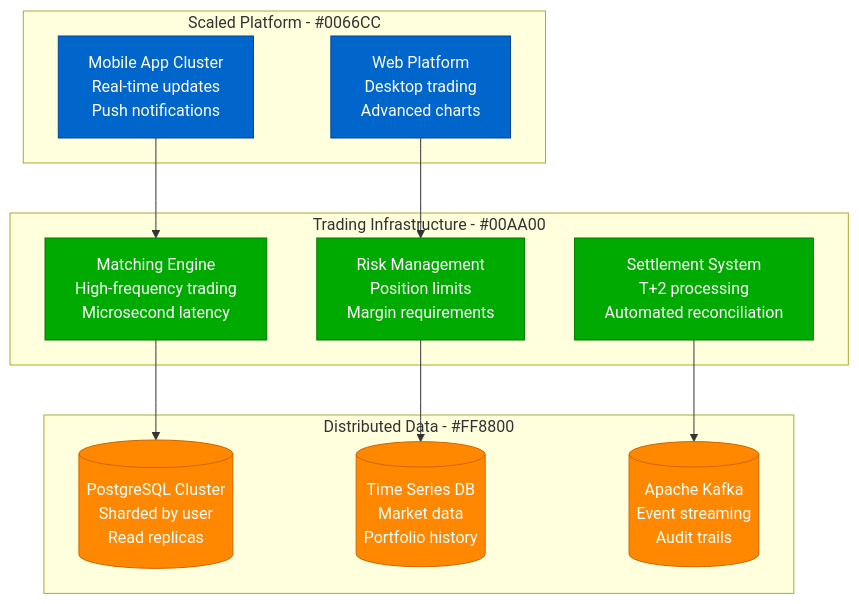
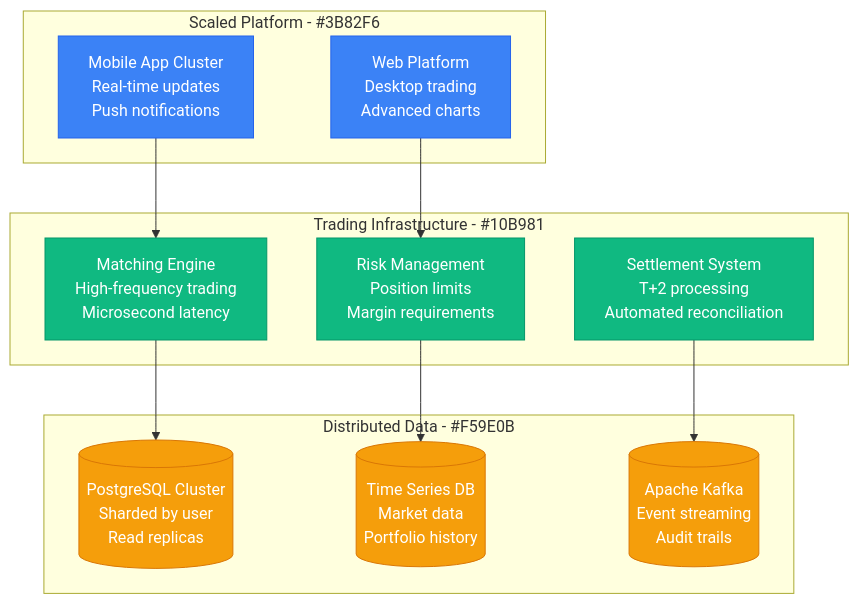
Before and after one commit to deepaucksharma/DS: the second of 2 diagrams in site/docs/scaling/robinhood-scale-evolution.md, drawn with Mermaid. The commit also changed other lines of this file and 187 other files, not shown here.

````diff
--- a/site/docs/scaling/robinhood-scale-evolution.md
+++ b/site/docs/scaling/robinhood-scale-evolution.md
@@ -63,33 +63,33 @@
 ```mermaid
 graph TB
-    subgraph ScaledPlatform[Scaled Platform - #0066CC]
+    subgraph ScaledPlatform[Scaled Platform - #3B82F6]
         MOBILE_CLUSTER[Mobile App Cluster<br/>Real-time updates<br/>Push notifications]
         WEB_PLATFORM[Web Platform<br/>Desktop trading<br/>Advanced charts]
     end
 
-    subgraph TradingInfra[Trading Infrastructure - #00AA00]
+    subgraph TradingInfra[Trading Infrastructure - #10B981]
         MATCHING_ENGINE[Matching Engine<br/>High-frequency trading<br/>Microsecond latency]
         RISK_MGMT[Risk Management<br/>Position limits<br/>Margin requirements]
         SETTLEMENT[Settlement System<br/>T+2 processing<br/>Automated reconciliation]
     end
 
-    subgraph DistributedData[Distributed Data - #FF8800]
+    subgraph DistributedData[Distributed Data - #F59E0B]
         POSTGRES_CLUSTER[(PostgreSQL Cluster<br/>Sharded by user<br/>Read replicas)]
         TIME_SERIES[(Time Series DB<br/>Market data<br/>Portfolio history)]
         KAFKA[(Apache Kafka<br/>Event streaming<br/>Audit trails)]
     end
 
     MOBILE_CLUSTER --> MATCHING_ENGINE
     WEB_PLATFORM --> RISK_MGMT
     MATCHING_ENGINE --> POSTGRES_CLUSTER
     RISK_MGMT --> TIME_SERIES
     SETTLEMENT --> KAFKA
 
-    classDef platformStyle fill:#0066CC,stroke:#004499,color:#fff
-    classDef tradingStyle fill:#00AA00,stroke:#007700,color:#fff
-    classDef dataStyle fill:#FF8800,stroke:#CC6600,color:#fff
+    classDef platformStyle fill:#3B82F6,stroke:#2563EB,color:#fff
+    classDef tradingStyle fill:#10B981,stroke:#059669,color:#fff
+    classDef dataStyle fill:#F59E0B,stroke:#D97706,color:#fff
 
     class MOBILE_CLUSTER,WEB_PLATFORM platformStyle
     class MATCHING_ENGINE,RISK_MGMT,SETTLEMENT tradingStyle
     class POSTGRES_CLUSTER,TIME_SERIES,KAFKA dataStyle
 ```
````
